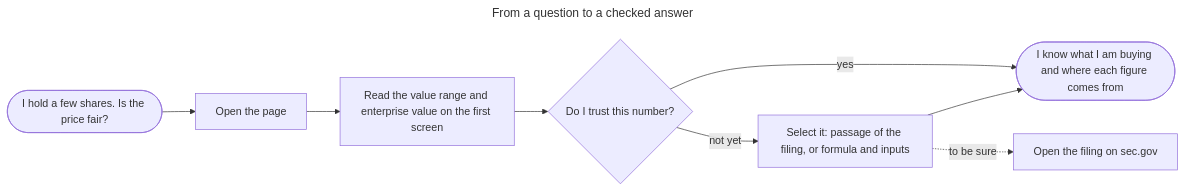
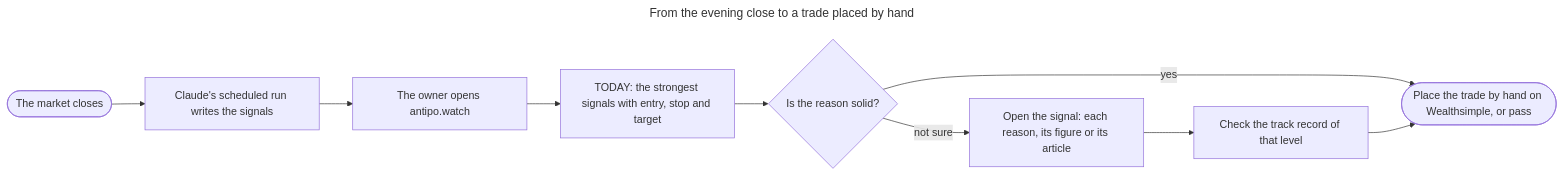
Before and after one commit to sonixz/monitor-anthropic-ipo: the diagram in PRODUCT.md, drawn with Mermaid. The commit also changed other lines of this file and 23 other files, not shown here.

````diff
--- a/PRODUCT.md
+++ b/PRODUCT.md
@@ -38,17 +37,17 @@
 ```mermaid
 ---
-title: From a question to a checked answer
+title: From the evening close to a trade placed by hand
 ---
 flowchart LR
-  need(["I hold a few shares. Is the price fair?"])
-  open["Open the page"]
-  glance["Read the value range and enterprise value on the first screen"]
-  doubt{"Do I trust this number?"}
-  source["Select it: passage of the filing, or formula and inputs"]
-  sec["Open the filing on sec.gov"]
-  answer(["I know what I am buying and where each figure comes from"])
-  need --> open --> glance --> doubt
-  doubt -->|"yes"| answer
-  doubt -->|"not yet"| source --> answer
-  source -.->|"to be sure"| sec
+  close(["The market closes"])
+  run["Claude's scheduled run writes the signals"]
+  open["The owner opens antipo.watch"]
+  today["TODAY: the strongest signals with entry, stop and target"]
+  doubt{"Is the reason solid?"}
+  card["Open the signal: each reason, its figure or its article"]
+  record["Check the track record of that level"]
+  trade(["Place the trade by hand on Wealthsimple, or pass"])
+  close --> run --> open --> today --> doubt
+  doubt -->|"yes"| trade
+  doubt -->|"not sure"| card --> record --> trade
 ```
````
